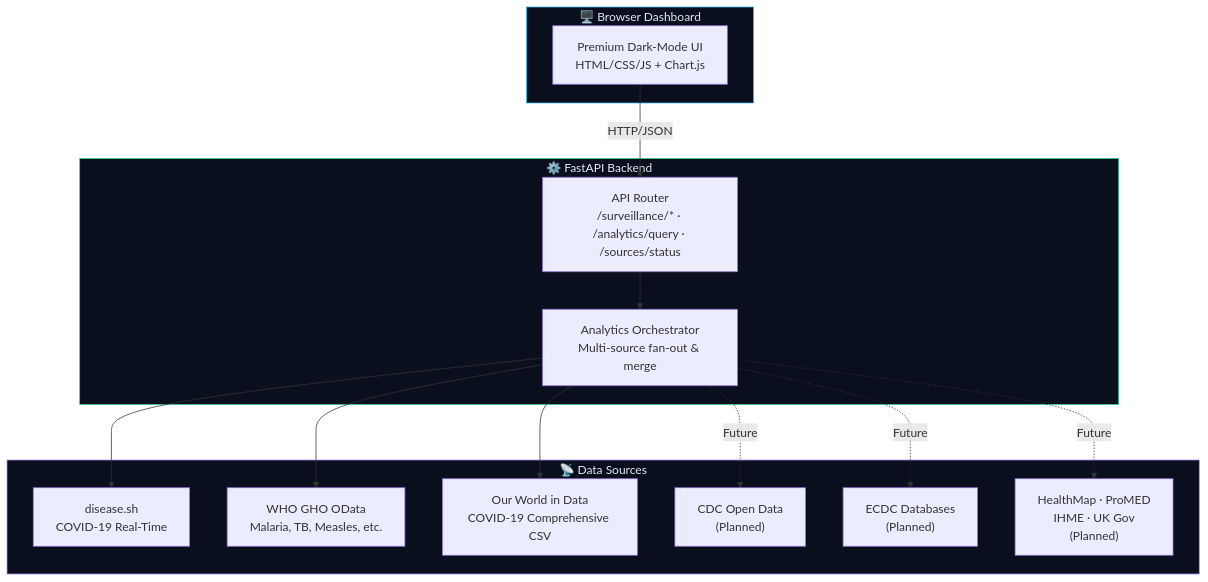
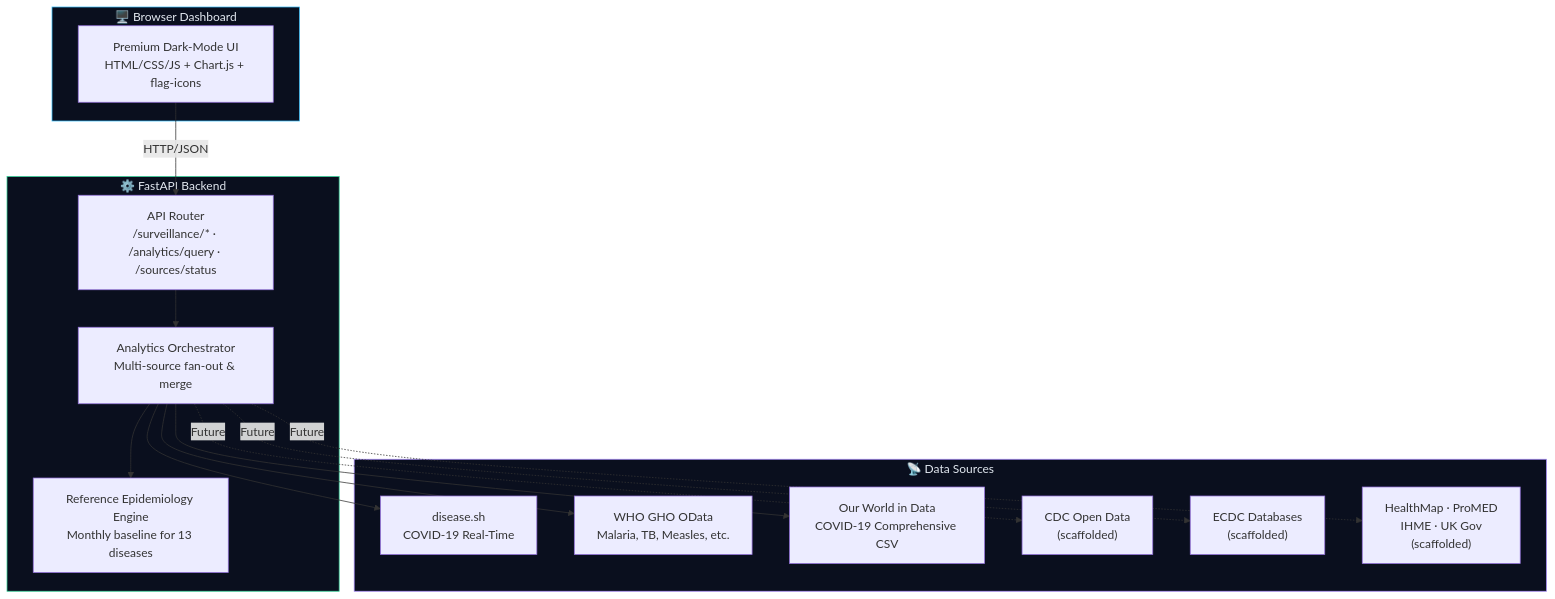
The diagram in README.md (thesungod07/MedFusion-Hackathon), drawn with Mermaid before and after one commit. The commit also changed other lines of this file and 5 other files, not shown here.

Commit message:
Data analytics bugs fixed

````diff
--- a/README.md
+++ b/README.md
@@ -34,33 +35,35 @@
 ```mermaid
 graph TB
     subgraph Client["🖥️ Browser Dashboard"]
-        UI["Premium Dark-Mode UI<br/>HTML/CSS/JS + Chart.js"]
+        UI["Premium Dark-Mode UI<br/>HTML/CSS/JS + Chart.js + flag-icons"]
     end
 
     subgraph Backend["⚙️ FastAPI Backend"]
         Router["API Router<br/>/surveillance/* · /analytics/query · /sources/status"]
         Analytics["Analytics Orchestrator<br/>Multi-source fan-out & merge"]
+        RefData["Reference Epidemiology Engine<br/>Monthly baseline for 13 diseases"]
     end
 
     subgraph Sources["📡 Data Sources"]
         DSH["disease.sh<br/>COVID-19 Real-Time"]
         WHO["WHO GHO OData<br/>Malaria, TB, Measles, etc."]
         OWID["Our World in Data<br/>COVID-19 Comprehensive CSV"]
-        CDC["CDC Open Data<br/>(Planned)"]
-        ECDC["ECDC Databases<br/>(Planned)"]
-        MORE["HealthMap · ProMED<br/>IHME · UK Gov<br/>(Planned)"]
+        CDC["CDC Open Data<br/>(scaffolded)"]
+        ECDC["ECDC Databases<br/>(scaffolded)"]
+        MORE["HealthMap · ProMED<br/>IHME · UK Gov<br/>(scaffolded)"]
     end
 
     UI -->|HTTP/JSON| Router
     Router --> Analytics
+    Analytics --> RefData
     Analytics --> DSH
     Analytics --> WHO
     Analytics --> OWID
     Analytics -.->|Future| CDC
     Analytics -.->|Future| ECDC
     Analytics -.->|Future| MORE
 
     style Client fill:#0a0f1e,stroke:#38bdf8,color:#e2e8f0
     style Backend fill:#0a0f1e,stroke:#34d399,color:#e2e8f0
     style Sources fill:#0a0f1e,stroke:#a78bfa,color:#e2e8f0
 ```
````
